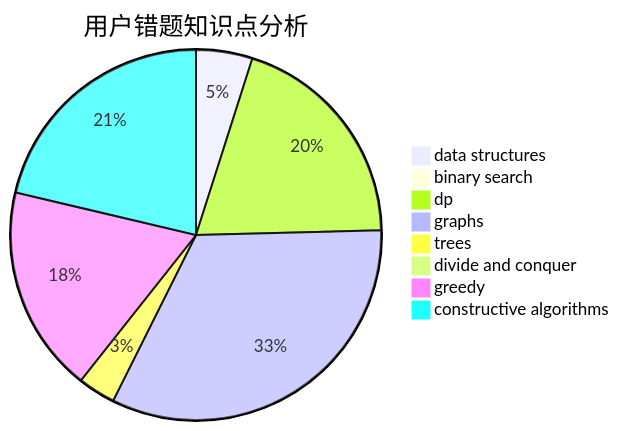
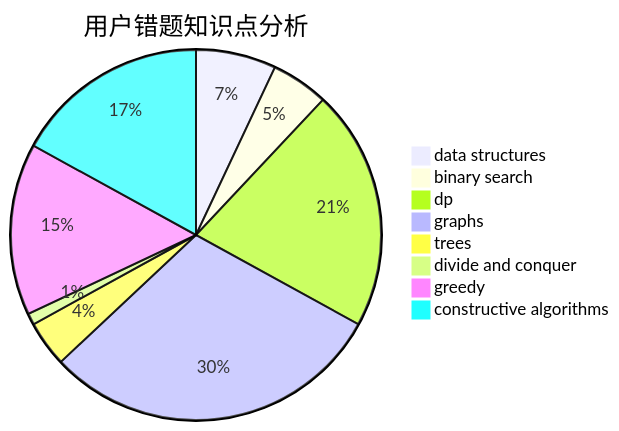
Before and after one commit to sherpahu/cfrs.github.io: the third of 3 diagrams in docs/user/u2704.md, drawn with Mermaid. The commit also changed other lines of this file and 2770 other files, not shown here.

````diff
--- a/docs/user/u2704.md
+++ b/docs/user/u2704.md
@@ -36,11 +36,11 @@
 ```mermaid
 pie title 用户错题知识点分析
-    "data structures" :  3
-    "binary search" :  0
-    "dp" :  12
-    "graphs" :  20
-    "trees" :  2
-    "divide and conquer" :  0
-    "greedy" :  11
-    "constructive algorithms" :  13
+    "data structures" :  7
+    "binary search" :  5
+    "dp" :  21
+    "graphs" :  30
+    "trees" :  4
+    "divide and conquer" :  1
+    "greedy" :  15
+    "constructive algorithms" :  17
 ```
````
